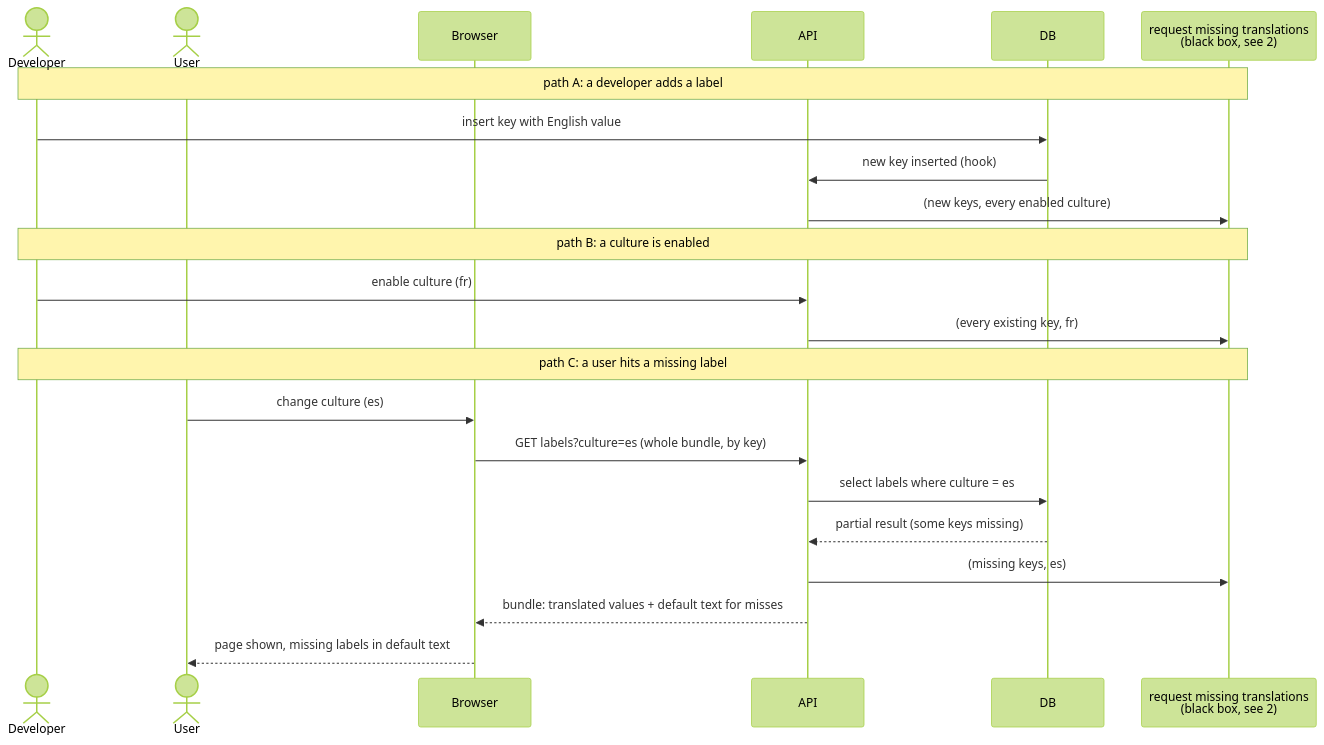
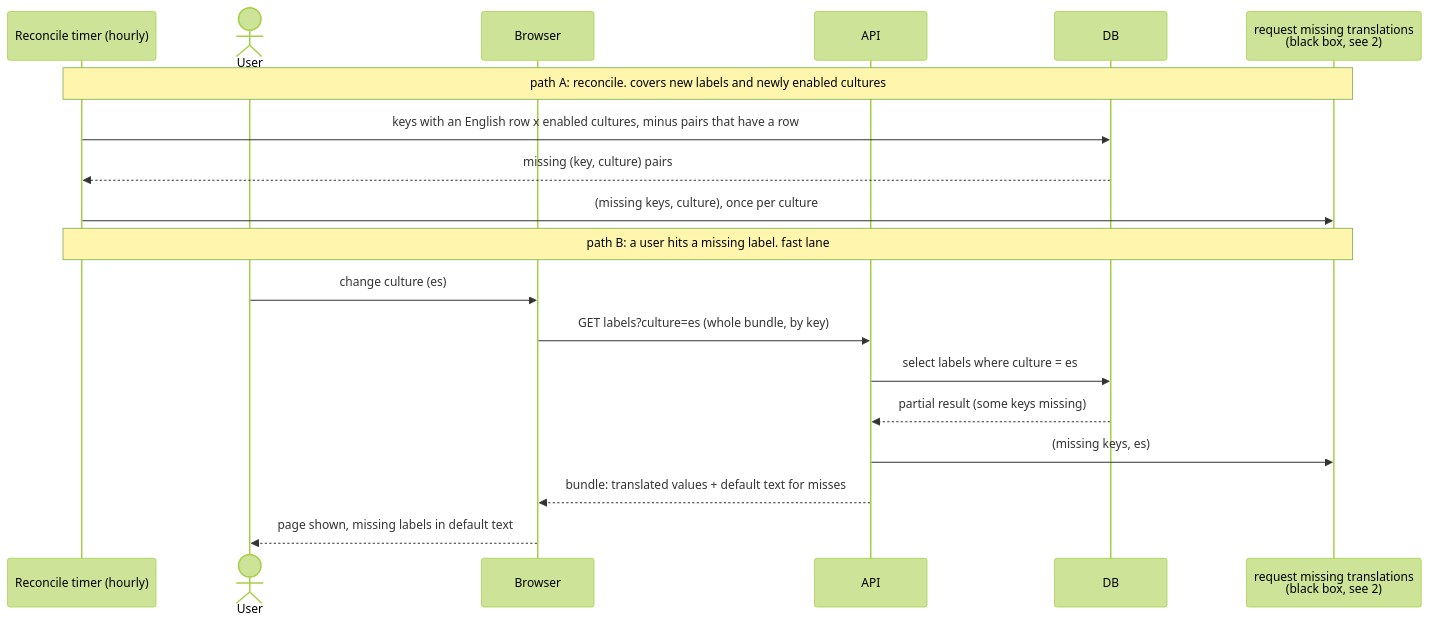
The diagram in v3/1-requesting-translations.md (rishabh7g/localization-proposal), drawn with Mermaid (forest theme) before and after one commit. The commit also changed other lines of this file and 6 other files, not shown here.

Commit message:
v3: hourly reconcile timer replaces the label-insert hook

````diff
--- a/v3/1-requesting-translations.md
+++ b/v3/1-requesting-translations.md
@@ -17,27 +19,23 @@
 ```mermaid
 sequenceDiagram
-    actor Dev as Developer
+    participant Timer as Reconcile timer (hourly)
     actor User
     participant Browser
     participant API
     participant DB
     participant RMT as request missing translations<br/>(black box, see 2)
 
-    Note over Dev,RMT: path A: a developer adds a label
-    Dev->>DB: insert key with English value
-    DB->>API: new key inserted (hook)
-    API->>RMT: (new keys, every enabled culture)
+    Note over Timer,RMT: path A: reconcile. covers new labels and newly enabled cultures
+    Timer->>DB: keys with an English row x enabled cultures, minus pairs that have a row
+    DB-->>Timer: missing (key, culture) pairs
+    Timer->>RMT: (missing keys, culture), once per culture
 
-    Note over Dev,RMT: path B: a culture is enabled
-    Dev->>API: enable culture (fr)
-    API->>RMT: (every existing key, fr)
-
-    Note over Dev,RMT: path C: a user hits a missing label
+    Note over Timer,RMT: path B: a user hits a missing label. fast lane
     User->>Browser: change culture (es)
     Browser->>API: GET labels?culture=es (whole bundle, by key)
     API->>DB: select labels where culture = es
     DB-->>API: partial result (some keys missing)
     API->>RMT: (missing keys, es)
     API-->>Browser: bundle: translated values + default text for misses
     Browser-->>User: page shown, missing labels in default text
 ```
````
